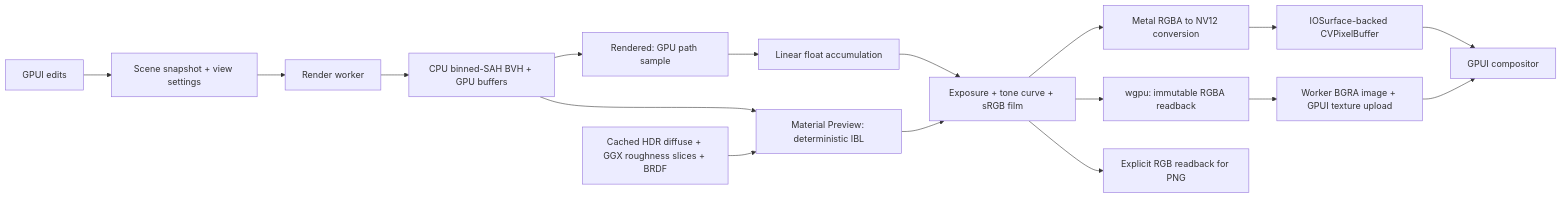
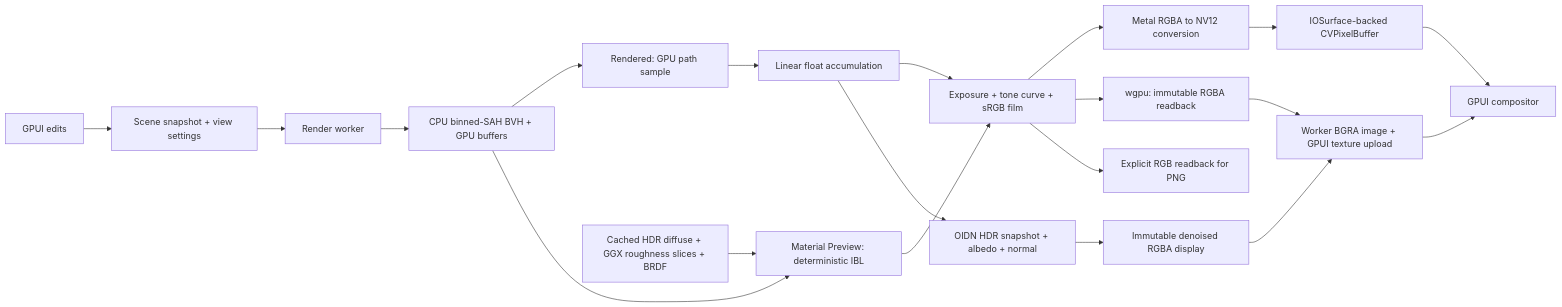
The diagram in docs/ARCHITECTURE.md (LachyFS/forma), drawn with Mermaid before and after one commit. The commit also changed other lines of this file and 28 other files, not shown here.

````diff
--- a/docs/ARCHITECTURE.md
+++ b/docs/ARCHITECTURE.md
@@ -85,19 +90,22 @@
 ```mermaid
 flowchart LR
     Editor[GPUI edits] --> Snapshot[Scene snapshot + view settings]
     Snapshot --> Worker[Render worker]
     Worker --> BVH[CPU binned-SAH BVH + GPU buffers]
     BVH --> Trace[Rendered: GPU path sample]
     BVH --> Preview[Material Preview: deterministic IBL]
     Environment[Cached HDR diffuse + GGX roughness slices + BRDF] --> Preview
     Trace --> Film[Linear float accumulation]
     Film --> Display[Exposure + tone curve + sRGB film]
+    Film --> Denoise[OIDN HDR snapshot + albedo + normal]
+    Denoise --> Clean[Immutable denoised RGBA display]
     Preview --> Display
     Display --> NV12[Metal RGBA to NV12 conversion]
     NV12 --> Surface[IOSurface-backed CVPixelBuffer]
     Surface --> GPUI[GPUI compositor]
     Display --> Readback[wgpu: immutable RGBA readback]
     Readback --> Upload[Worker BGRA image + GPUI texture upload]
     Upload --> GPUI
+    Clean --> Upload
     Display --> Export[Explicit RGB readback for PNG]
 ```
````
